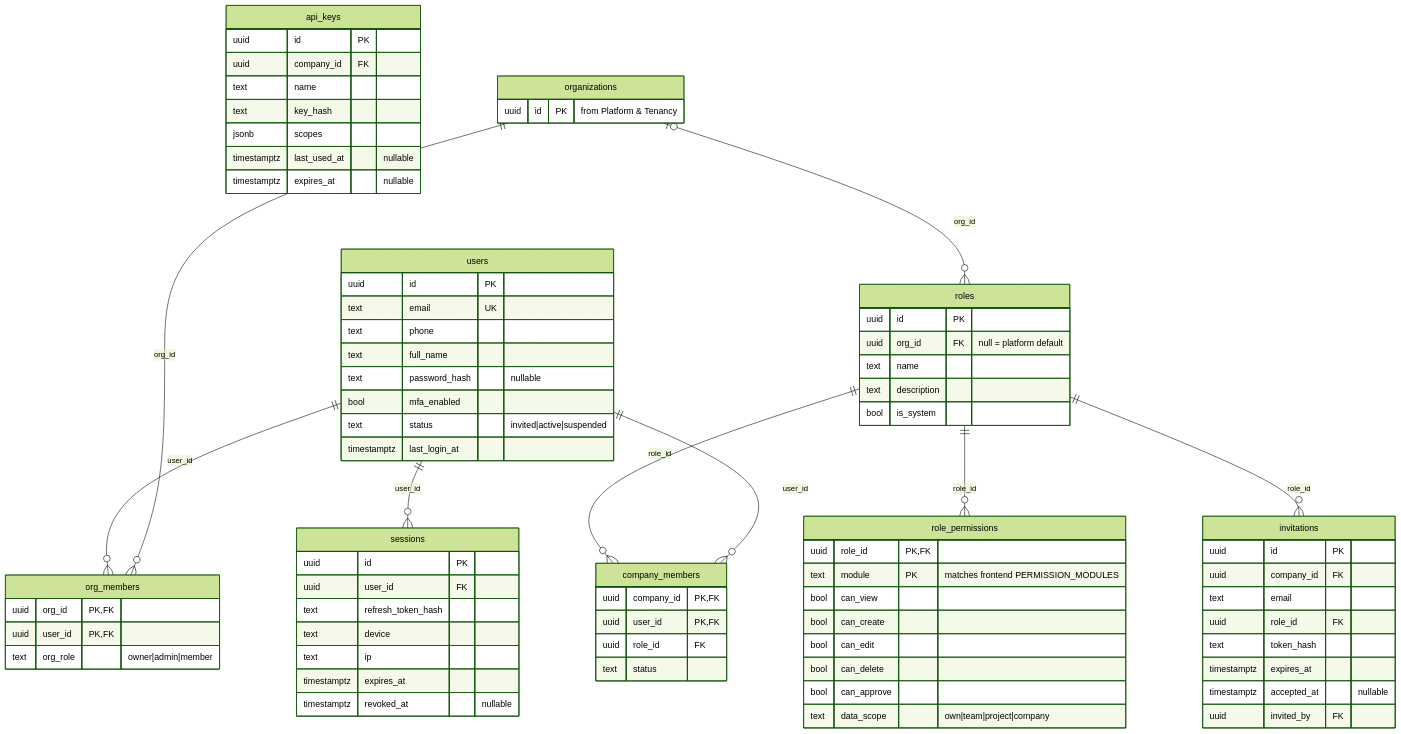
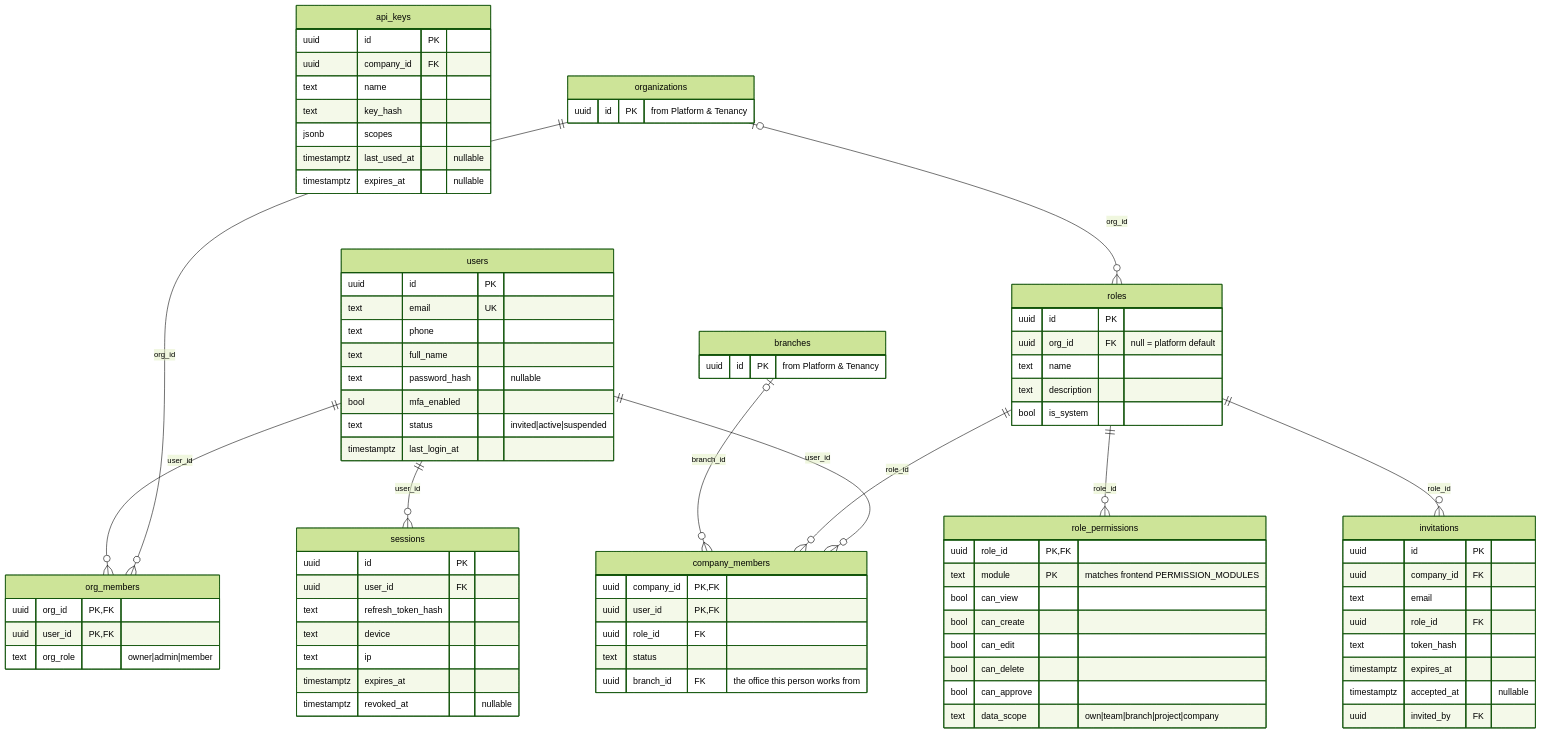
Before and after one commit to sajid293r/property_dealers_project: the second of 37 diagrams in docs/erd/ERD.md, drawn with Mermaid (forest theme). The commit also changed other lines of this file and 217 other files, not shown here.

````diff
--- a/docs/erd/ERD.md
+++ b/docs/erd/ERD.md
@@ -119,13 +129,14 @@
     bool can_edit
     bool can_delete
     bool can_approve
-    text data_scope "own|team|project|company"
+    text data_scope "own|team|branch|project|company"
   }
   company_members {
     uuid company_id PK, FK
     uuid user_id PK, FK
     uuid role_id FK
     text status
+    uuid branch_id FK "the office this person works from"
   }
   invitations {
     uuid id PK
@@ -158,12 +169,16 @@
   organizations {
     uuid id PK "from Platform & Tenancy"
   }
+  branches {
+    uuid id PK "from Platform & Tenancy"
+  }
   organizations ||--o{ org_members : "org_id"
   users ||--o{ org_members : "user_id"
   organizations |o--o{ roles : "org_id"
   roles ||--o{ role_permissions : "role_id"
   users ||--o{ company_members : "user_id"
   roles ||--o{ company_members : "role_id"
+  branches |o--o{ company_members : "branch_id"
   roles ||--o{ invitations : "role_id"
   users ||--o{ sessions : "user_id"
 ```
````
